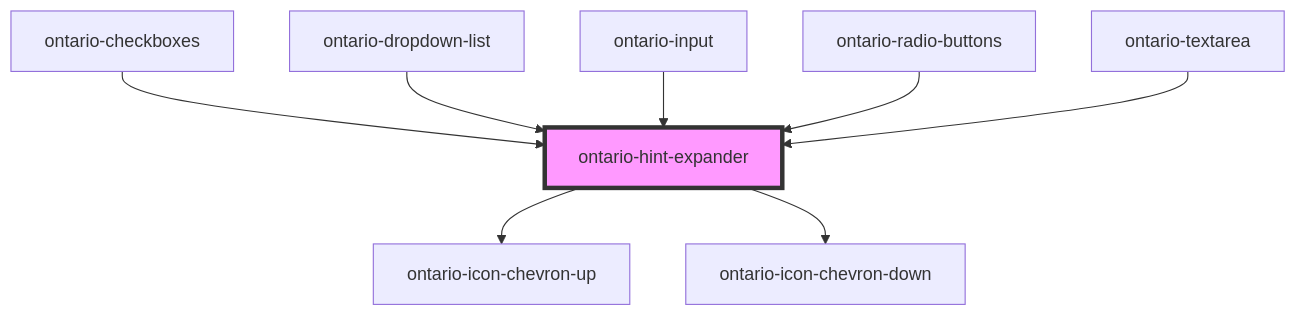
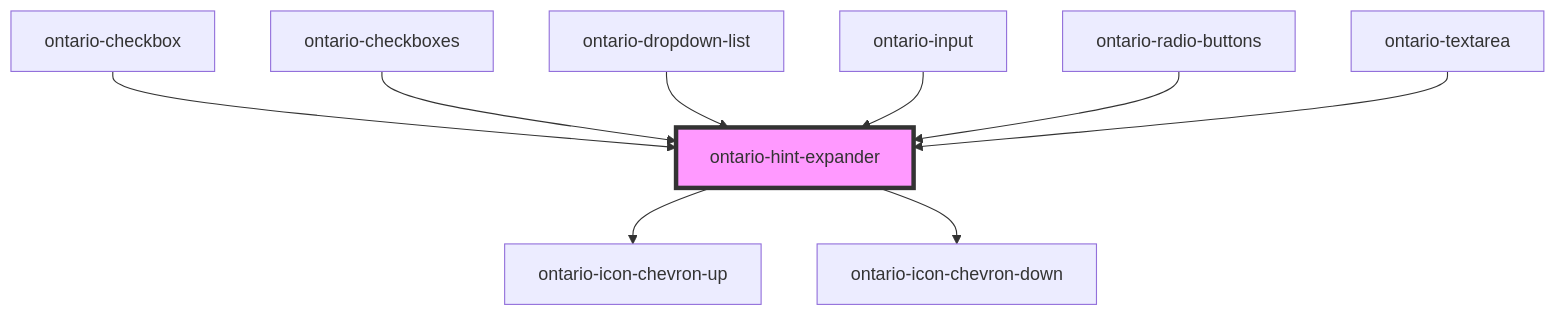
One commit to ongov/ontario-design-system changed the diagram in packages/ontario-design-system-component-library/src/components/ontario-hint-expander/readme.md. Above: the diagram before and after it, drawn with Mermaid. The commit also changed other lines of this file and 1 other file, not shown here.

First line of the commit message:
docs(checkbox): regenerate hint-text and hint-expander readmes

````diff
--- a/packages/ontario-design-system-component-library/src/components/ontario-hint-expander/readme.md
+++ b/packages/ontario-design-system-component-library/src/components/ontario-hint-expander/readme.md
@@ -203,11 +204,12 @@
 ```mermaid
 graph TD;
   ontario-hint-expander --> ontario-icon-chevron-up
   ontario-hint-expander --> ontario-icon-chevron-down
+  ontario-checkbox --> ontario-hint-expander
   ontario-checkboxes --> ontario-hint-expander
   ontario-dropdown-list --> ontario-hint-expander
   ontario-input --> ontario-hint-expander
   ontario-radio-buttons --> ontario-hint-expander
   ontario-textarea --> ontario-hint-expander
   style ontario-hint-expander fill:#f9f,stroke:#333,stroke-width:4px
 ```
````
